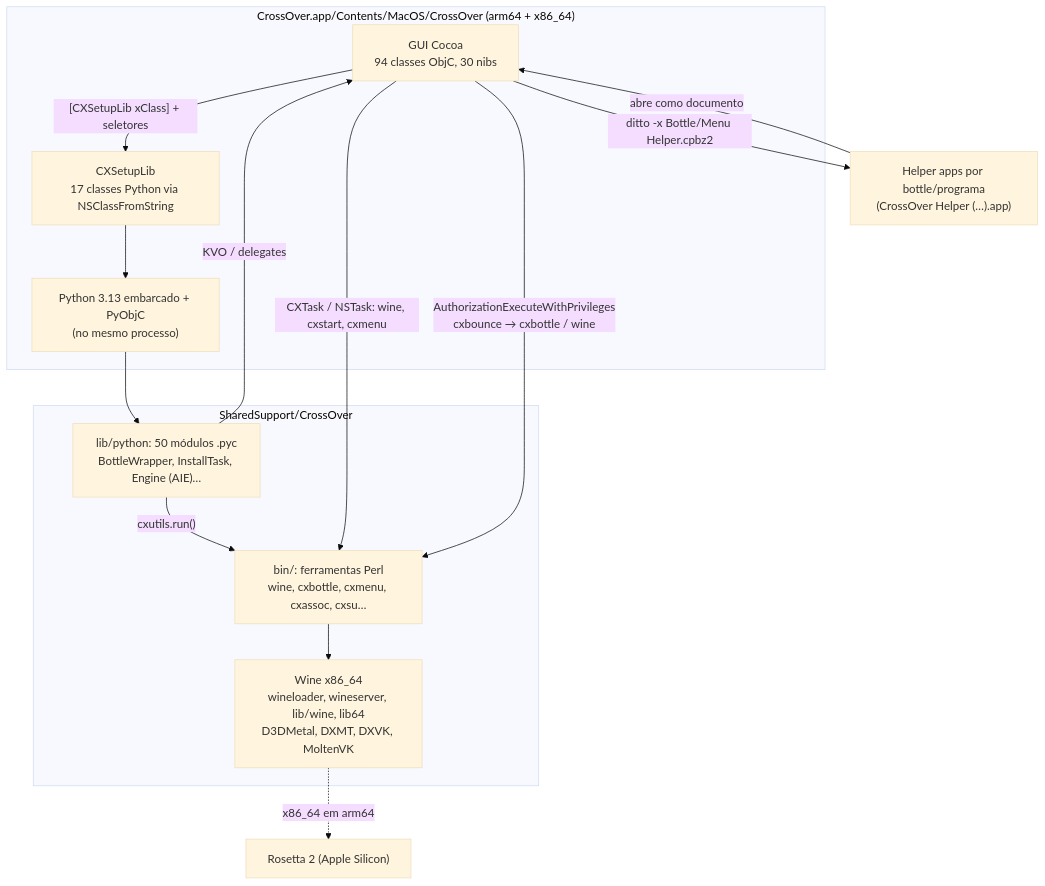
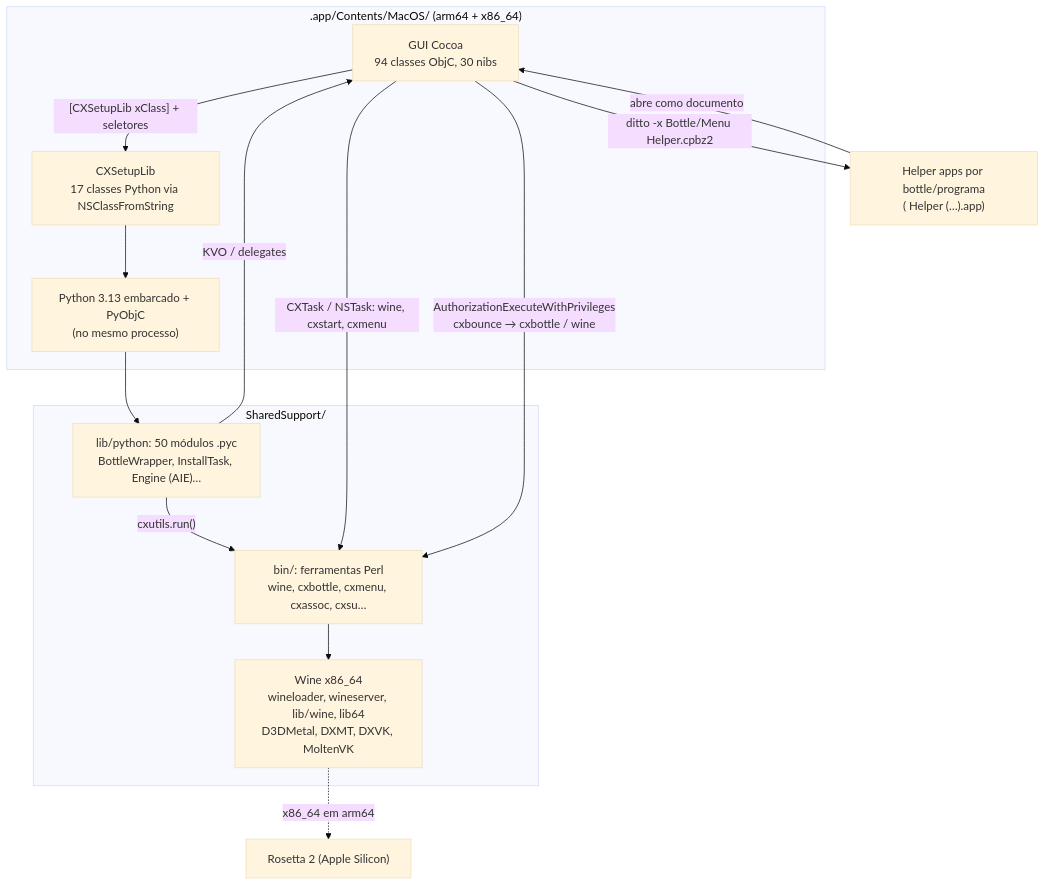
The diagram in CrossThrough/ARCHITECTURE.md (Lucaddias/CrossThrough), drawn with Mermaid (base theme) before and after one commit. The commit also changed other lines of this file and 6 other files, not shown here.

````diff
--- a/CrossThrough/ARCHITECTURE.md
+++ b/CrossThrough/ARCHITECTURE.md
@@ -7,25 +7,25 @@
 ```mermaid
 flowchart TB
-    subgraph APP["CrossOver.app/Contents/MacOS/CrossOver (arm64 + x86_64)"]
+    subgraph APP["<Produto>.app/Contents/MacOS/<Produto> (arm64 + x86_64)"]
         GUI["GUI Cocoa<br/>94 classes ObjC, 30 nibs"]
         LIB["CXSetupLib<br/>17 classes Python via NSClassFromString"]
         PY["Python 3.13 embarcado + PyObjC<br/>(no mesmo processo)"]
     end
-    subgraph SS["SharedSupport/CrossOver"]
+    subgraph SS["SharedSupport/<Produto>"]
         PYLIB["lib/python: 50 módulos .pyc<br/>BottleWrapper, InstallTask, Engine (AIE)…"]
         PERL["bin/: ferramentas Perl<br/>wine, cxbottle, cxmenu, cxassoc, cxsu…"]
         WINE["Wine x86_64<br/>wineloader, wineserver, lib/wine, lib64<br/>D3DMetal, DXMT, DXVK, MoltenVK"]
     end
-    HELP["Helper apps por bottle/programa<br/>(CrossOver Helper (…).app)"]
+    HELP["Helper apps por bottle/programa<br/>(<Produto> Helper (…).app)"]
     ROS["Rosetta 2 (Apple Silicon)"]
 
     GUI -->|"[CXSetupLib xClass] + seletores"| LIB --> PY --> PYLIB
     PYLIB -->|"KVO / delegates"| GUI
     PYLIB -->|"cxutils.run()"| PERL
     GUI -->|"CXTask / NSTask: wine, cxstart, cxmenu"| PERL
     GUI -->|"AuthorizationExecuteWithPrivileges<br/>cxbounce → cxbottle / wine"| PERL
     PERL --> WINE
     WINE -.->|"x86_64 em arm64"| ROS
     GUI -->|"ditto -x Bottle/Menu Helper.cpbz2"| HELP
     HELP -->|"abre como documento"| GUI
 ```
````
